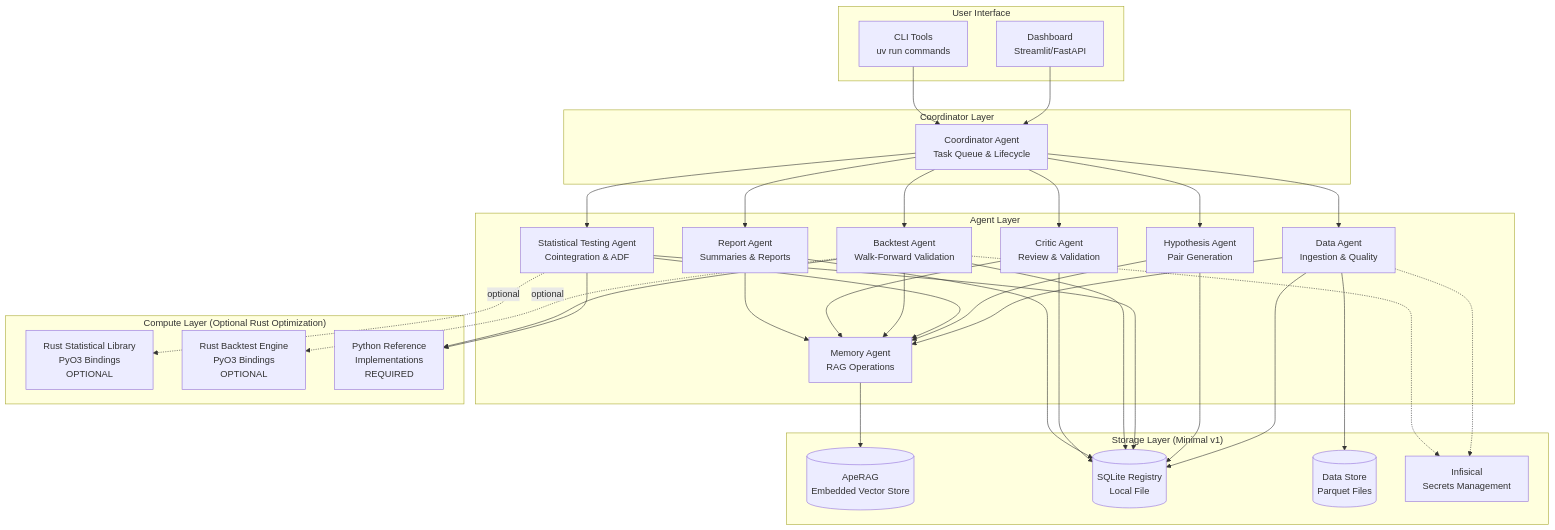
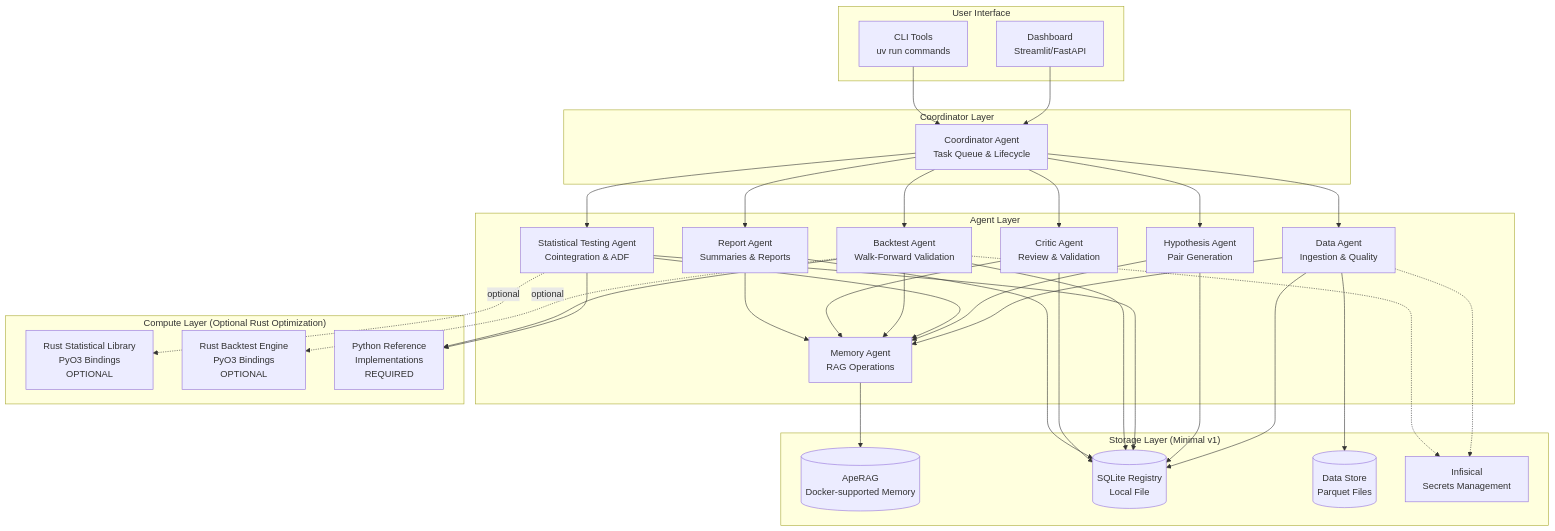
Before and after one commit to Cryptotehnolog/STATISTICAL-ARBITRAGE: the diagram in .kiro/specs/quant-research-architecture/design.md, drawn with Mermaid. The commit also changed other lines of this file and 23 other files, not shown here.

````diff
--- a/.kiro/specs/quant-research-architecture/design.md
+++ b/.kiro/specs/quant-research-architecture/design.md
@@ -76,67 +68,67 @@
 ```mermaid
 graph TB
     subgraph "User Interface"
         Dashboard[Dashboard<br/>Streamlit/FastAPI]
         CLI[CLI Tools<br/>uv run commands]
     end
     
     subgraph "Coordinator Layer"
         Coordinator[Coordinator Agent<br/>Task Queue & Lifecycle]
     end
     
     subgraph "Agent Layer"
         Data[Data Agent<br/>Ingestion & Quality]
         Hypothesis[Hypothesis Agent<br/>Pair Generation]
         StatTest[Statistical Testing Agent<br/>Cointegration & ADF]
         Backtest[Backtest Agent<br/>Walk-Forward Validation]
         Critic[Critic Agent<br/>Review & Validation]
         Report[Report Agent<br/>Summaries & Reports]
         Memory[Memory Agent<br/>RAG Operations]
     end
     
     subgraph "Compute Layer (Optional Rust Optimization)"
         RustStats[Rust Statistical Library<br/>PyO3 Bindings<br/>OPTIONAL]
         RustBacktest[Rust Backtest Engine<br/>PyO3 Bindings<br/>OPTIONAL]
         PythonImpl[Python Reference<br/>Implementations<br/>REQUIRED]
     end
     
     subgraph "Storage Layer (Minimal v1)"
-        ApeRAG[(ApeRAG<br/>Embedded Vector Store)]
+        ApeRAG[(ApeRAG<br/>Docker-supported Memory)]
         Registry[(SQLite Registry<br/>Local File)]
         DataStore[(Data Store<br/>Parquet Files)]
         Secrets[Infisical<br/>Secrets Management]
     end
     
     Dashboard --> Coordinator
     CLI --> Coordinator
     Coordinator --> Data
     Coordinator --> Hypothesis
     Coordinator --> StatTest
     Coordinator --> Backtest
     Coordinator --> Critic
     Coordinator --> Report
     
     Data --> Memory
     Hypothesis --> Memory
     StatTest --> Memory
     Backtest --> Memory
     Critic --> Memory
     Report --> Memory
     
     Data --> Registry
     Hypothesis --> Registry
     StatTest --> Registry
     Backtest --> Registry
     Critic --> Registry
     Report --> Registry
     
     Data --> DataStore
     StatTest --> PythonImpl
     Backtest --> PythonImpl
     StatTest -.optional.-> RustStats
     Backtest -.optional.-> RustBacktest
     
     Memory --> ApeRAG
     Data -.-> Secrets
     Backtest -.-> Secrets
 ```
````
